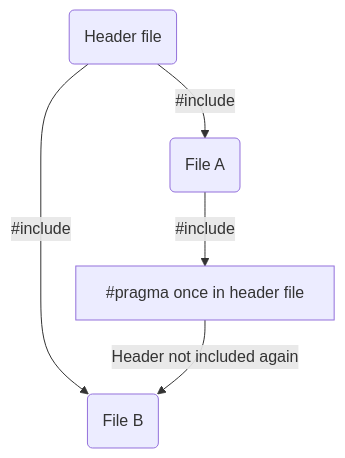
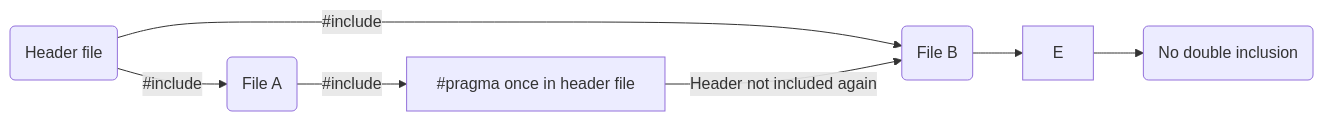
The second of 2 diagrams in docs/Program Documentation.md (HiddenAbilitree/9964A-PROSject), drawn with Mermaid before and after one commit. The commit also changed other lines of this file and 2 other files, not shown here.

````diff
--- a/docs/Program Documentation.md
+++ b/docs/Program Documentation.md
@@ -42,14 +43,14 @@
     ```mermaid
-    graph TD
+    graph LR
     A(Header file)
     B(File A)
     C(File B)
     D[#pragma once in header file]
     %%E(Header only included once)
     A -->|#include| B;
     B -->|#include| D;
     A -->|#include| C;
-    %%C --> E;
+    C --> E;
     D -->|Header not included again| C;
-    %%E --> F(No double inclusion);
+    E --> F(No double inclusion);
     ```
````
